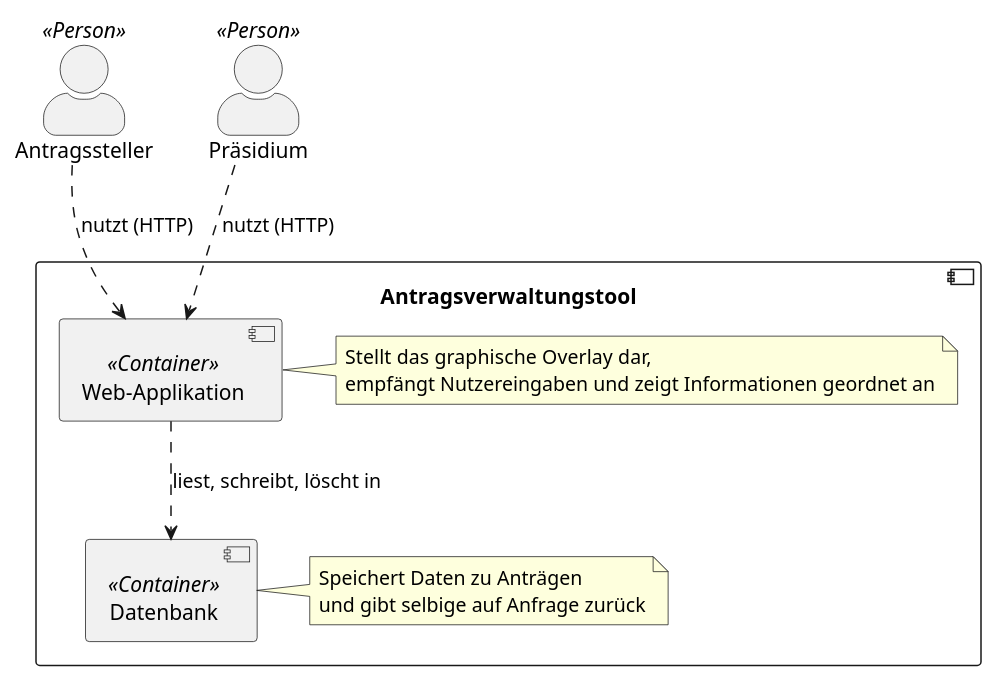
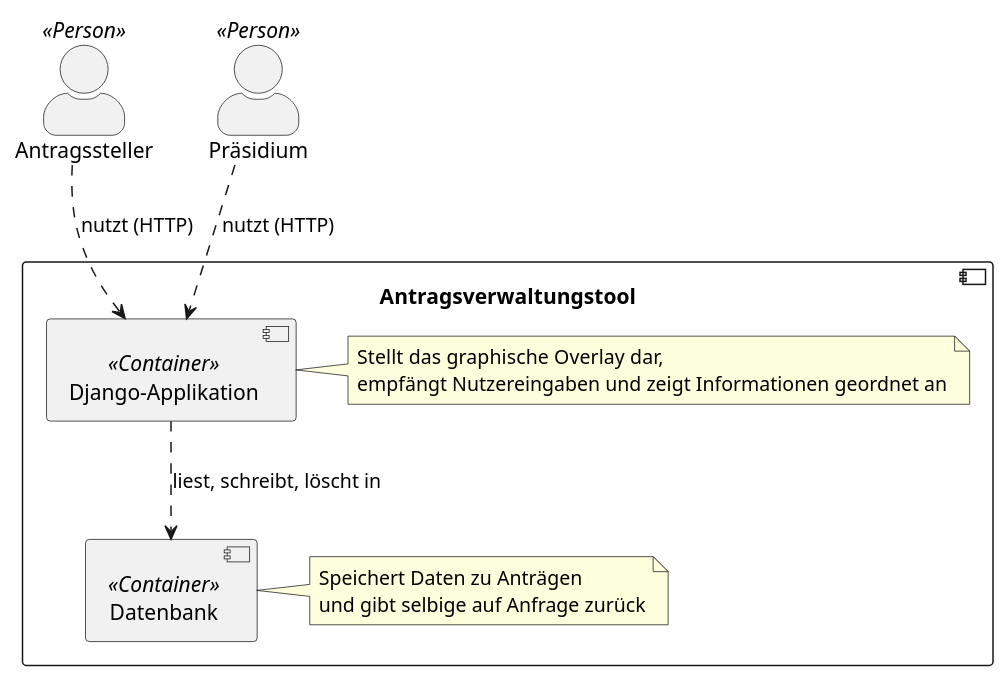
One commit to EdLaser/I3_Antragsverwaltungstool changed the diagram in docs/development/diagrams/c4_l2.puml. Above: the diagram before and after it, drawn with PlantUML. The commit also changed 9 other files, not shown here.

Commit message:
changed diagrams

```diff
--- a/docs/development/diagrams/c4_l2.puml
+++ b/docs/development/diagrams/c4_l2.puml
@@ -1,25 +1,25 @@
 @startuml "Level 2 - Container"
 
 skinparam actorStyle awesome
 
 actor Antragssteller <<Person>>
 actor Präsidium <<Person>>
 
 component "Antragsverwaltungstool" {
-    component [Web-Applikation] <<Container>>
-    note right of [Web-Applikation]
+    component [Django-Applikation] <<Container>>
+    note right of [Django-Applikation]
         Stellt das graphische Overlay dar, 
         empfängt Nutzereingaben und zeigt Informationen geordnet an
     end note
     [Datenbank] <<Container>>
     note right of [Datenbank]
         Speichert Daten zu Anträgen
         und gibt selbige auf Anfrage zurück
     end note
 }
 
-Antragssteller ..> [Web-Applikation] : nutzt (HTTP)
-Präsidium ..> [Web-Applikation] : nutzt (HTTP)
-[Web-Applikation] ..> [Datenbank] : liest, schreibt, löscht in
+Antragssteller ..> [Django-Applikation] : nutzt (HTTP)
+Präsidium ..> [Django-Applikation] : nutzt (HTTP)
+[Django-Applikation] ..> [Datenbank] : liest, schreibt, löscht in
 
 @enduml
```
